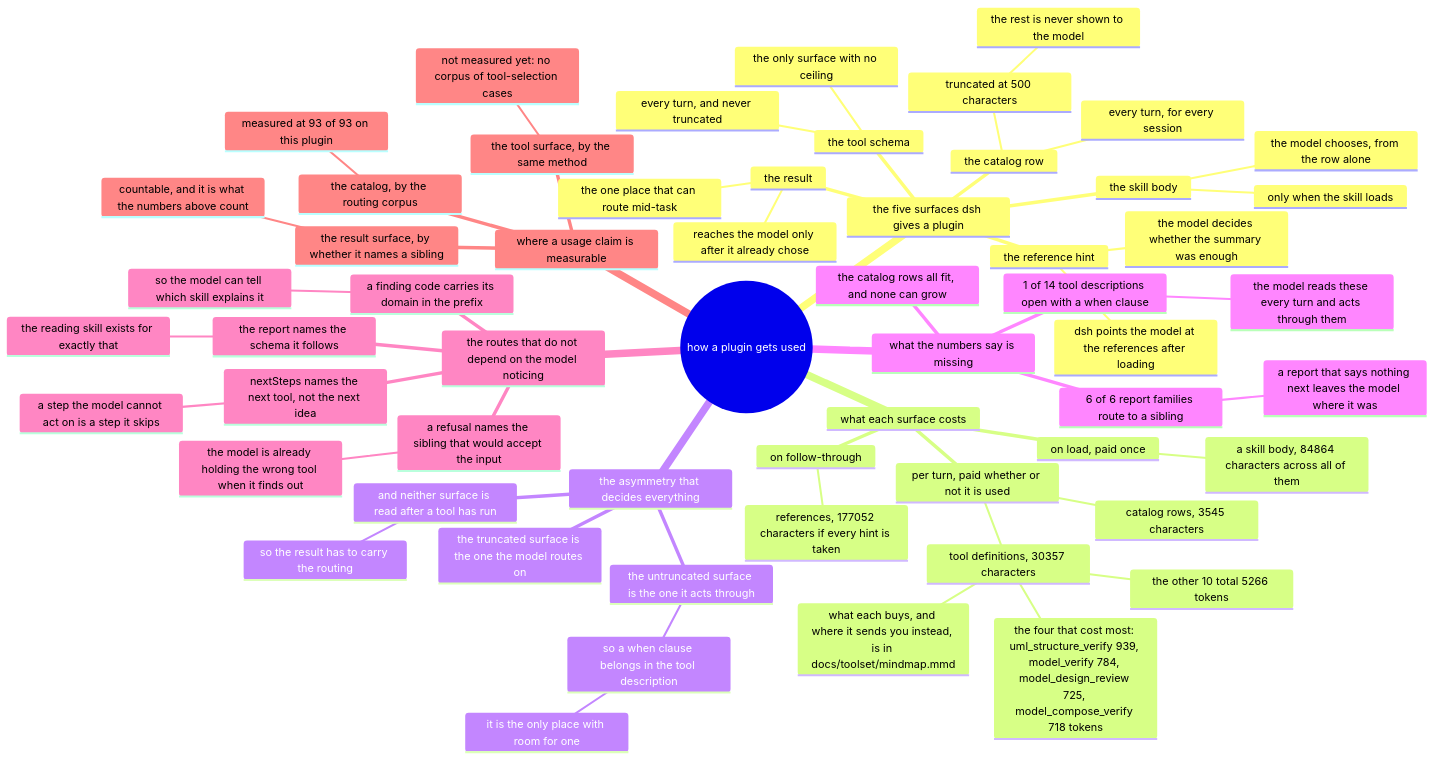
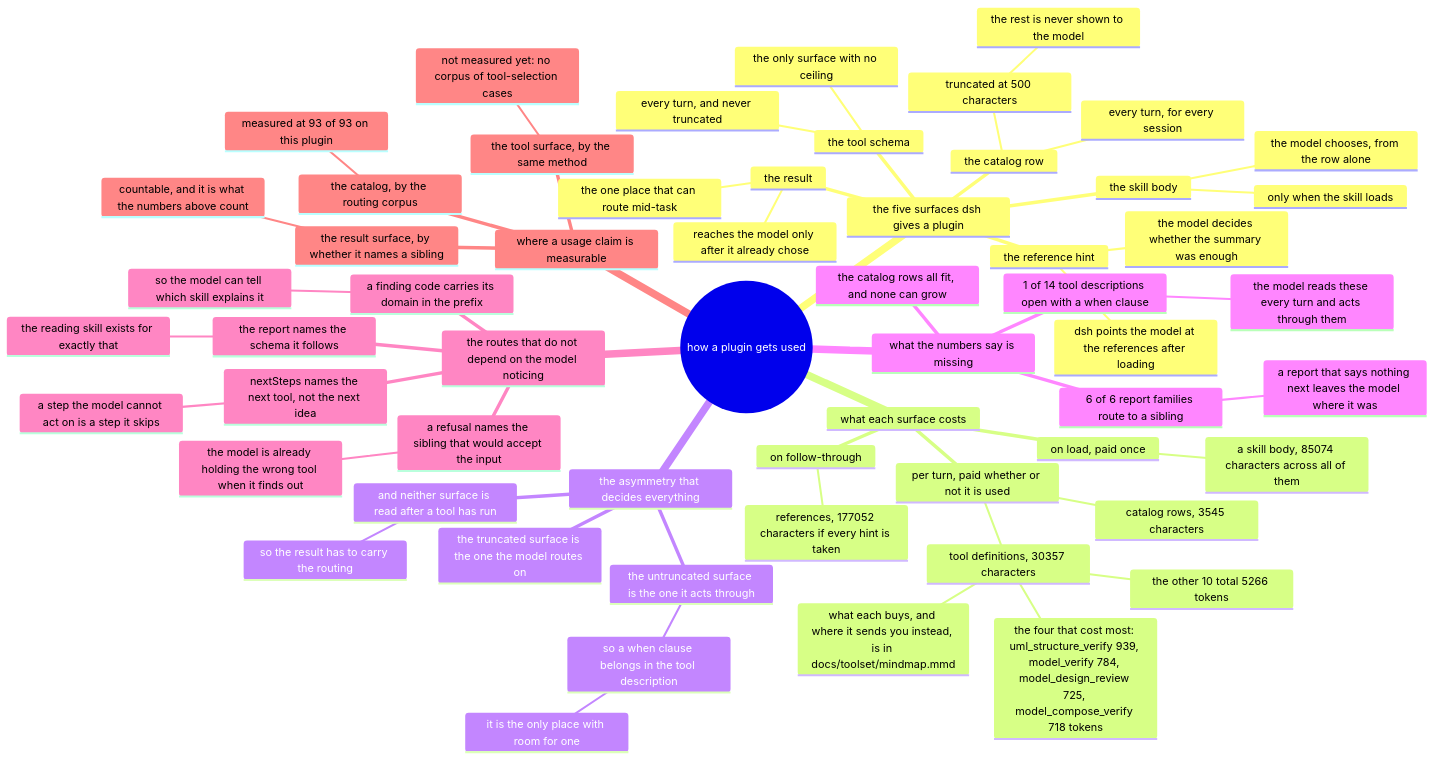
Before and after one commit to AmethystLuna/dsh-model-everything: the diagram in docs/usage/mindmap.mmd, drawn with Mermaid. The commit also changed 18 other files, not shown here.

```diff
--- a/docs/usage/mindmap.mmd
+++ b/docs/usage/mindmap.mmd
@@ -1,59 +1,59 @@
 mindmap
 root((how a plugin gets used))
   the five surfaces dsh gives a plugin
     the catalog row
       every turn, for every session
       truncated at 500 characters
         the rest is never shown to the model
     the skill body
       only when the skill loads
       the model chooses, from the row alone
     the reference hint
       dsh points the model at the references after loading
       the model decides whether the summary was enough
     the tool schema
       every turn, and never truncated
       the only surface with no ceiling
     the result
       reaches the model only after it already chose
       the one place that can route mid-task
   what each surface costs
     per turn, paid whether or not it is used
       catalog rows, 3545 characters
       tool definitions, 30357 characters
         the four that cost most: uml_structure_verify 939, model_verify 784, model_design_review 725, model_compose_verify 718 tokens
         the other 10 total 5266 tokens
         what each buys, and where it sends you instead, is in docs/toolset/mindmap.mmd
     on load, paid once
-      a skill body, 84864 characters across all of them
+      a skill body, 85074 characters across all of them
     on follow-through
       references, 177052 characters if every hint is taken
   the asymmetry that decides everything
     the truncated surface is the one the model routes on
     the untruncated surface is the one it acts through
       so a when clause belongs in the tool description
         it is the only place with room for one
     and neither surface is read after a tool has run
       so the result has to carry the routing
   what the numbers say is missing
     1 of 14 tool descriptions open with a when clause
       the model reads these every turn and acts through them
     6 of 6 report families route to a sibling
       a report that says nothing next leaves the model where it was
     the catalog rows all fit, and none can grow
   the routes that do not depend on the model noticing
     a refusal names the sibling that would accept the input
       the model is already holding the wrong tool when it finds out
     nextSteps names the next tool, not the next idea
       a step the model cannot act on is a step it skips
     a finding code carries its domain in the prefix
       so the model can tell which skill explains it
     the report names the schema it follows
       the reading skill exists for exactly that
   where a usage claim is measurable
     the catalog, by the routing corpus
       measured at 93 of 93 on this plugin
     the tool surface, by the same method
       not measured yet: no corpus of tool-selection cases
     the result surface, by whether it names a sibling
       countable, and it is what the numbers above count
```
